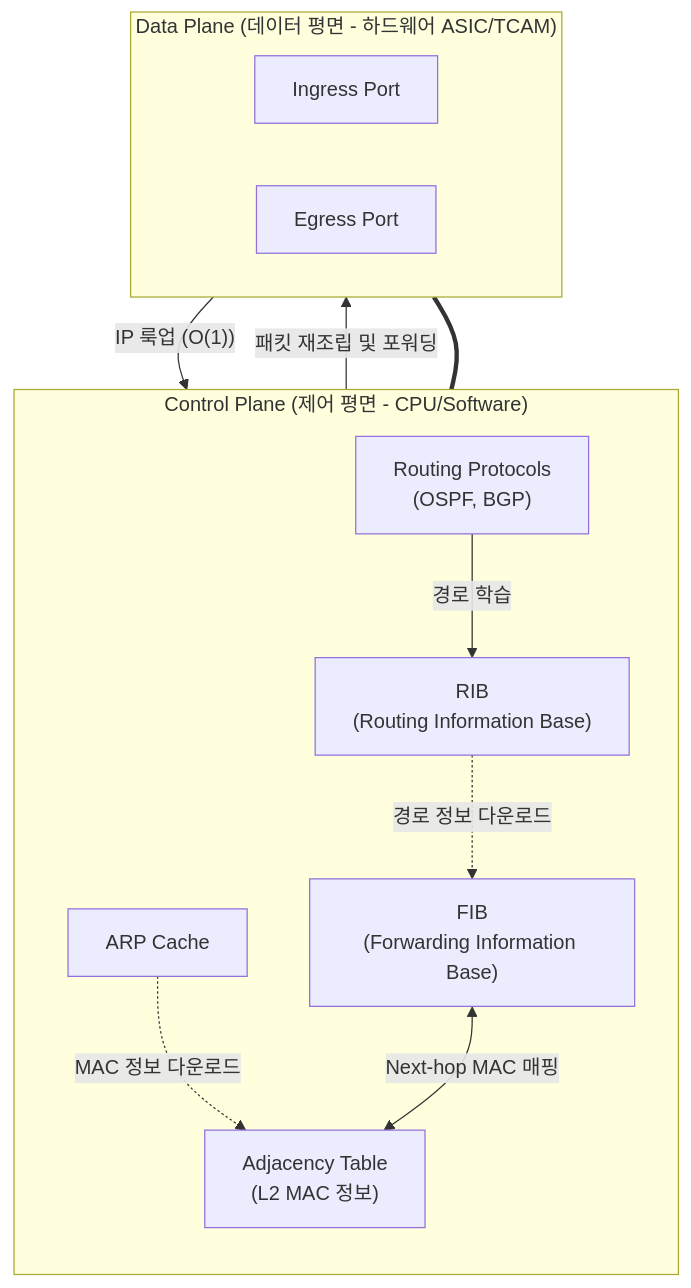
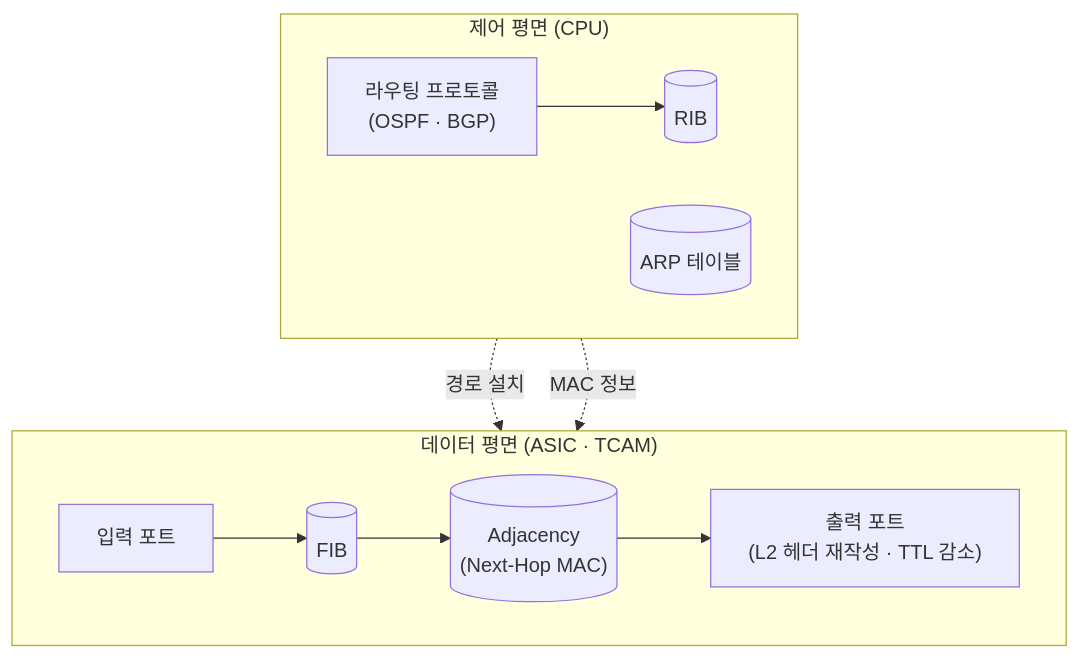
The diagram in content/01_IT Tech/스위치 (Layer 3 Switch).md (supremethumb/supremethumb.github.io), drawn with Mermaid before and after one commit. The commit also changed other lines of this file and 1087 other files, not shown here.

````diff
--- a/content/01_IT Tech/스위치 (Layer 3 Switch).md
+++ b/content/01_IT Tech/스위치 (Layer 3 Switch).md
@@ -27,29 +35,14 @@
 ```mermaid
 flowchart TB
-    subgraph ControlPlane ["Control Plane (제어 평면 - CPU/Software)"]
-        direction TB
-        Routing_Protocol["Routing Protocols<br/>(OSPF, BGP)"]
-        RIB["RIB<br/>(Routing Information Base)"]
-        ARP_Cache["ARP Cache"]
-        
-        Routing_Protocol -->|"경로 학습"| RIB
-        
-        RIB -.->|"경로 정보 다운로드"| FIB
-        ARP_Cache -.->|"MAC 정보 다운로드"| Adj_Table
+    subgraph CP["제어 평면 (CPU)"]
+        direction LR
+        RP["라우팅 프로토콜<br/>(OSPF · BGP)"] --> RIB[("RIB")]
+        ARP[("ARP 테이블")]
     end
-
-    subgraph DataPlane ["Data Plane (데이터 평면 - 하드웨어 ASIC/TCAM)"]
+    subgraph DP["데이터 평면 (ASIC · TCAM)"]
         direction LR
-        Ingress["Ingress Port"]
-        FIB["FIB<br/>(Forwarding Information Base)"]
-        Adj_Table["Adjacency Table<br/>(L2 MAC 정보)"]
-        Egress["Egress Port"]
-        
-        Ingress -->|"IP 룩업 (O(1))"| FIB
-        FIB <-->|"Next-hop MAC 매핑"| Adj_Table
-        Adj_Table -->|"패킷 재조립 및 포워딩"| Egress
+        In["입력 포트"] --> FIB[("FIB")] --> ADJ[("Adjacency<br/>(Next-Hop MAC)")] --> Out["출력 포트<br/>(L2 헤더 재작성 · TTL 감소)"]
     end
-    
-    ControlPlane === DataPlane
-
+    RIB -. "경로 설치" .-> FIB
+    ARP -. "MAC 정보" .-> ADJ
 ```
````
